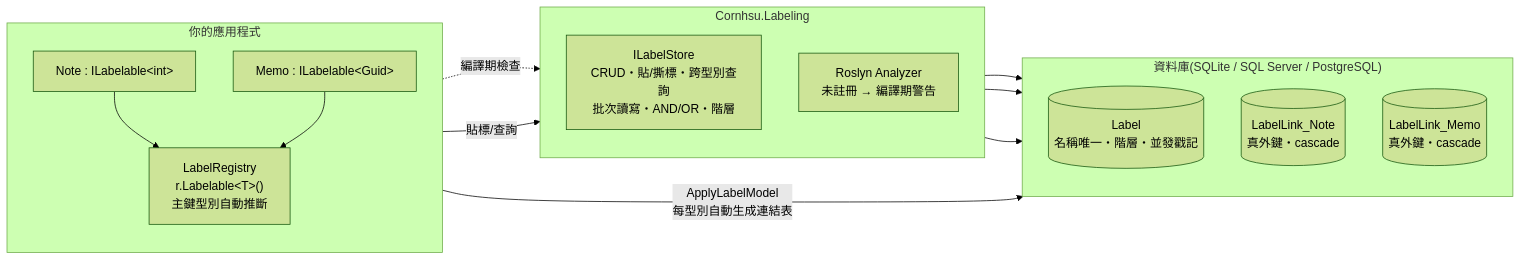
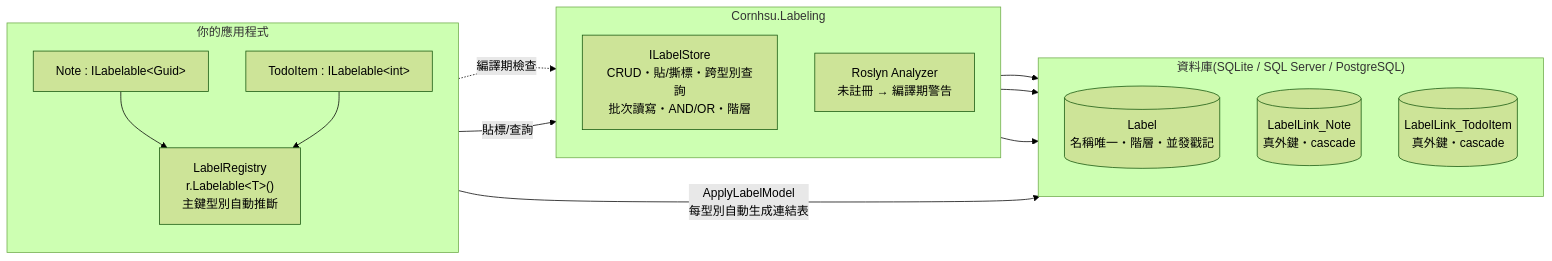
One commit to HSU-YU-MING/cornhsu-labeling changed the diagram in README.zh-Hant.md. Above: the diagram before and after it, drawn with Mermaid (forest theme). The commit also changed other lines of this file and 5 other files, not shown here.

````diff
--- a/README.zh-Hant.md
+++ b/README.zh-Hant.md
@@ -18,31 +18,31 @@
 ```mermaid
 flowchart LR
     subgraph app["你的應用程式"]
         direction TB
-        note["Note : ILabelable&lt;int&gt;"]
-        memo["Memo : ILabelable&lt;Guid&gt;"]
+        note["Note : ILabelable&lt;Guid&gt;"]
+        todo["TodoItem : ILabelable&lt;int&gt;"]
         reg["LabelRegistry<br/>r.Labelable&lt;T&gt;()<br/>主鍵型別自動推斷"]
     end
 
     subgraph pkg["Cornhsu.Labeling"]
         direction TB
         store["ILabelStore<br/>CRUD・貼/撕標・跨型別查詢<br/>批次讀寫・AND/OR・階層"]
         analyzer["Roslyn Analyzer<br/>未註冊 → 編譯期警告"]
     end
 
     subgraph db["資料庫(SQLite / SQL Server / PostgreSQL)"]
         direction TB
         label[("Label<br/>名稱唯一・階層・並發戳記")]
         link1[("LabelLink_Note<br/>真外鍵・cascade")]
-        link2[("LabelLink_Memo<br/>真外鍵・cascade")]
+        link2[("LabelLink_TodoItem<br/>真外鍵・cascade")]
     end
 
     note -.->|"編譯期檢查"| analyzer
     note --> reg
-    memo --> reg
+    todo --> reg
     reg -->|"ApplyLabelModel<br/>每型別自動生成連結表"| db
     app -->|"貼標/查詢"| store
     store --> label
     store --> link1
     store --> link2
 ```
````
